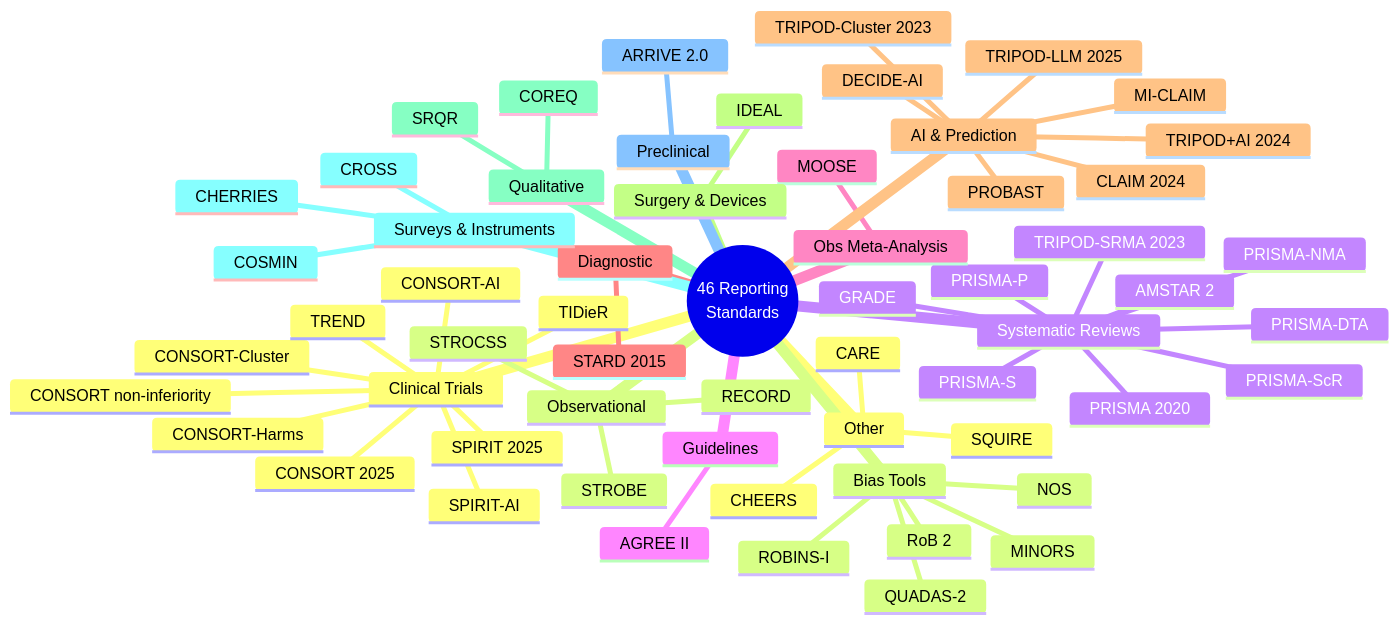
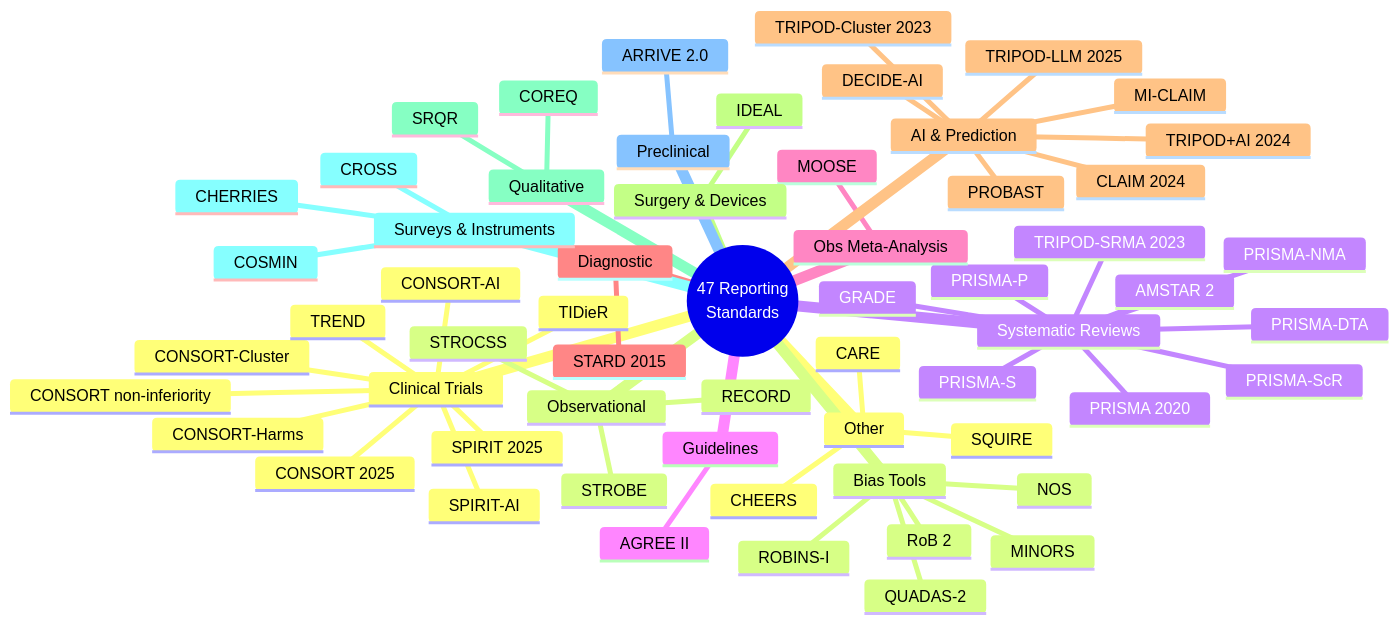
Before and after one commit to Stefansong/med-research-powers: the eighth of 8 diagrams in docs/architecture.md, drawn with Mermaid. The commit also changed other lines of this file and 60 other files, not shown here.

````diff
--- a/docs/architecture.md
+++ b/docs/architecture.md
@@ -340,63 +340,63 @@
 ```mermaid
 mindmap
-  root(("46 Reporting<br/>Standards"))
+  root(("47 Reporting<br/>Standards"))
     Clinical Trials
       CONSORT 2025
       CONSORT-AI
       CONSORT-Cluster
       CONSORT non-inferiority
       TREND
       SPIRIT 2025
       SPIRIT-AI
       TIDieR
       CONSORT-Harms
     Observational
       STROBE
       RECORD
       STROCSS
     Systematic Reviews
       PRISMA 2020
       PRISMA-P
       PRISMA-ScR
       PRISMA-S
       PRISMA-DTA
       PRISMA-NMA
       TRIPOD-SRMA 2023
       AMSTAR 2
       GRADE
     Guidelines
       AGREE II
     Obs Meta-Analysis
       MOOSE
     Diagnostic
       STARD 2015
     AI & Prediction
       TRIPOD+AI 2024
       TRIPOD-LLM 2025
       TRIPOD-Cluster 2023
       CLAIM 2024
       MI-CLAIM
       DECIDE-AI
       PROBAST
     Surgery & Devices
       IDEAL
     Qualitative
       COREQ
       SRQR
     Surveys & Instruments
       CHERRIES
       CROSS
       COSMIN
     Preclinical
       ARRIVE 2.0
     Other
       CARE
       SQUIRE
       CHEERS
     Bias Tools
       RoB 2
       ROBINS-I
       NOS
       MINORS
       QUADAS-2
 ```
````
